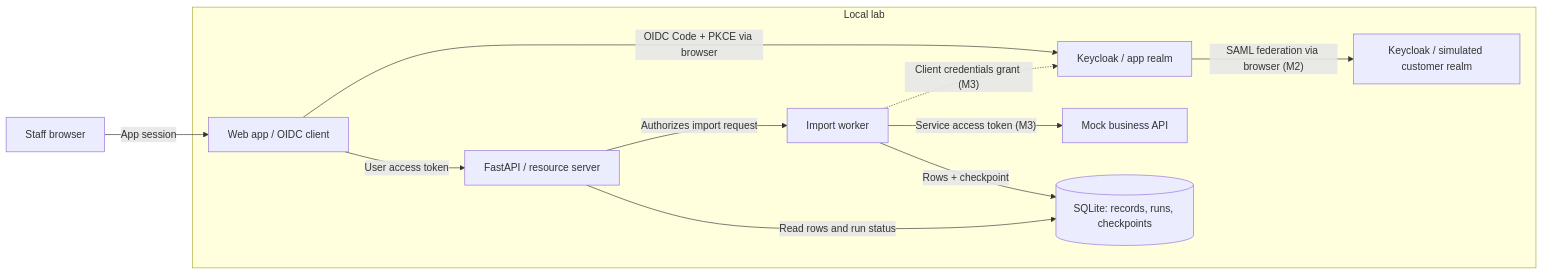
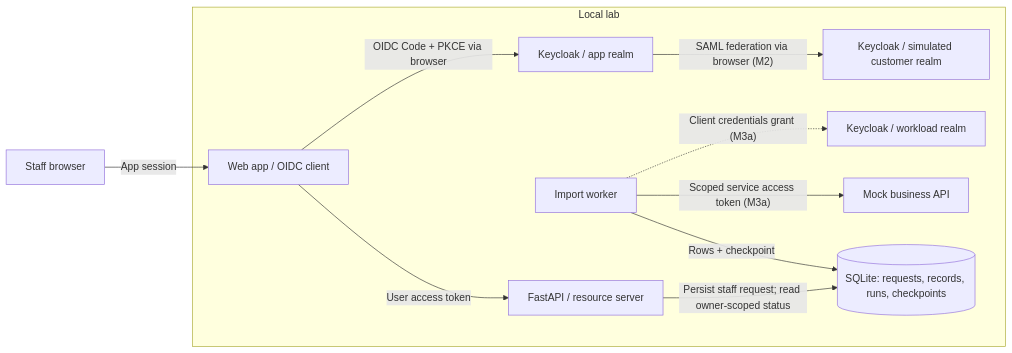
The first of 2 diagrams in docs/architecture.md (moruku36/enterprise-integration-lab), drawn with Mermaid before and after one commit. The commit also changed other lines of this file and 31 other files, not shown here.

````diff
--- a/docs/architecture.md
+++ b/docs/architecture.md
@@ -11,22 +11,22 @@
 ```mermaid
 flowchart LR
     UI["Staff browser"]
     subgraph Lab["Local lab"]
         APP["Web app / OIDC client"]
         API["FastAPI / resource server"]
         BROKER["Keycloak / app realm"]
         IDP["Keycloak / simulated customer realm"]
+        WORKLOAD["Keycloak / workload realm"]
         JOB["Import worker"]
         MOCK["Mock business API"]
-        DB[("SQLite: records, runs, checkpoints")]
+        DB[("SQLite: requests, records, runs, checkpoints")]
     end
     UI -->|"App session"| APP
     APP -->|"OIDC Code + PKCE via browser"| BROKER
     BROKER -->|"SAML federation via browser (M2)"| IDP
     APP -->|"User access token"| API
-    API -->|"Authorizes import request"| JOB
-    JOB -->|"Service access token (M3)"| MOCK
-    JOB -.->|"Client credentials grant (M3)"| BROKER
+    JOB -->|"Scoped service access token (M3a)"| MOCK
+    JOB -.->|"Client credentials grant (M3a)"| WORKLOAD
     JOB -->|"Rows + checkpoint"| DB
-    API -->|"Read rows and run status"| DB
+    API -->|"Persist staff request; read owner-scoped status"| DB
 ```
````
